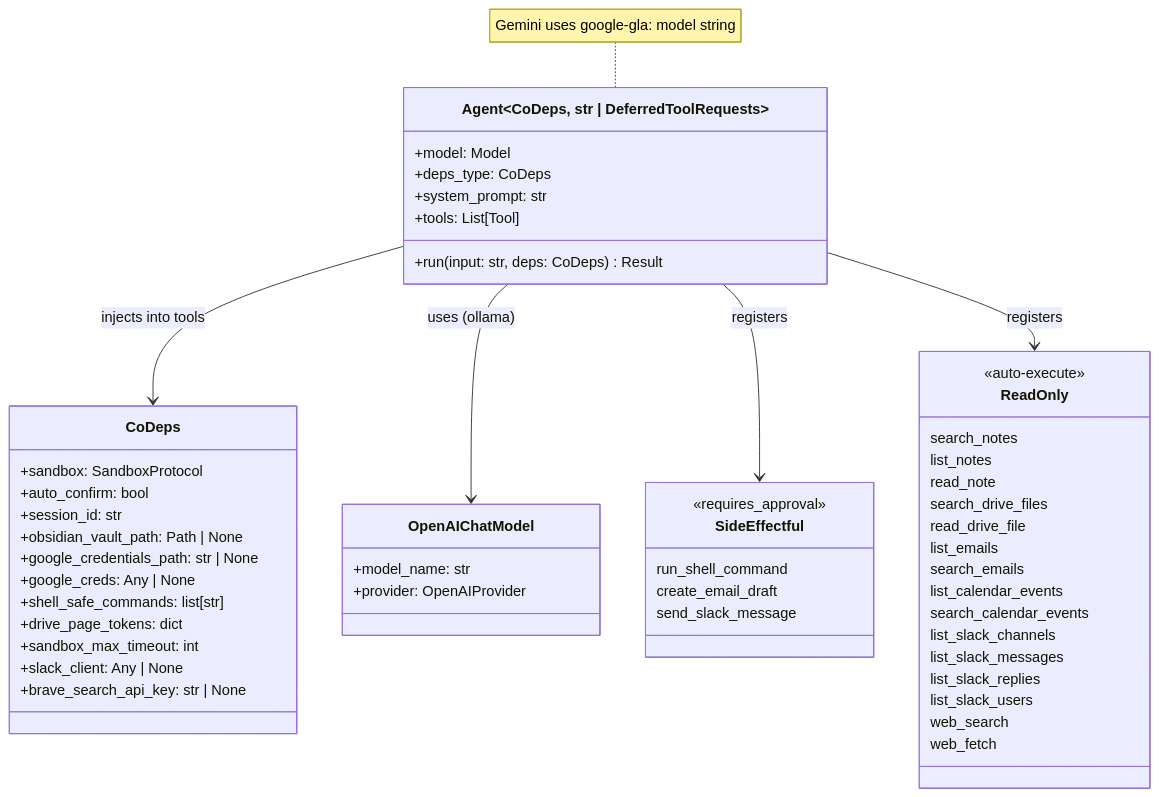
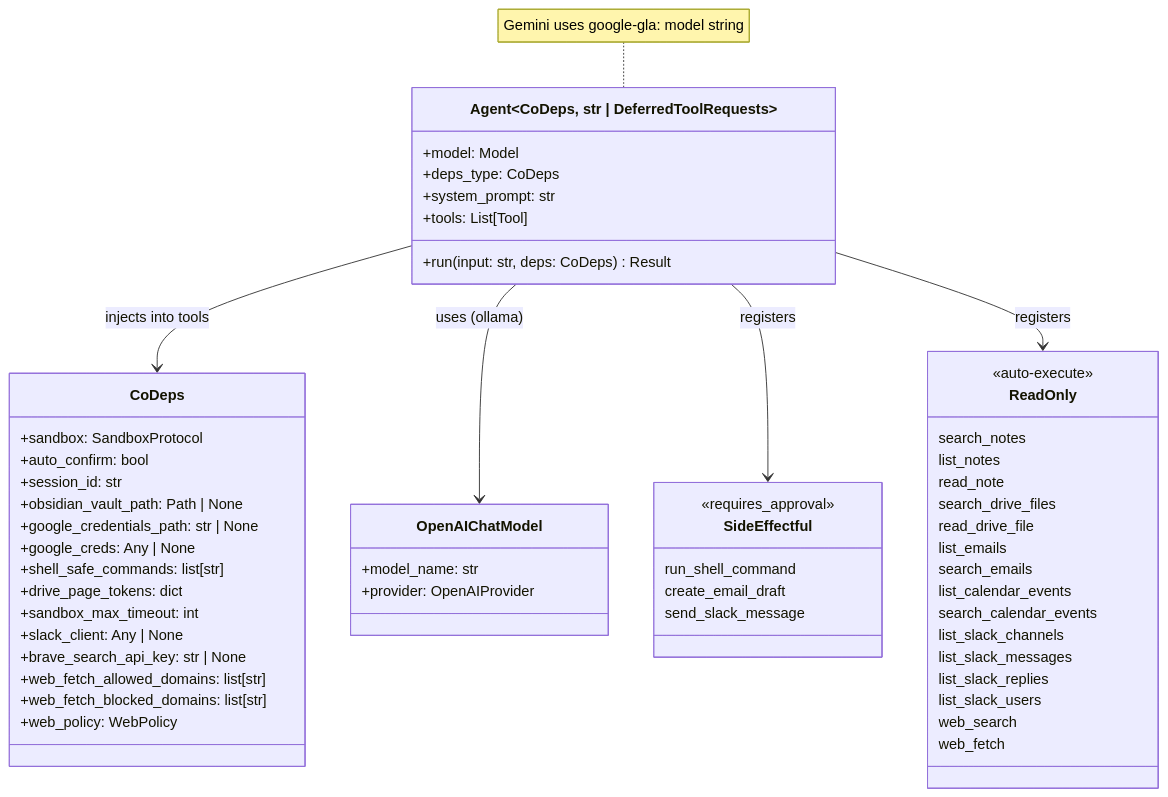
The diagram in docs/DESIGN-01-agent.md (binlecode/co-cli), drawn with Mermaid before and after one commit. The commit also changed other lines of this file and 13 other files, not shown here.

First line of the commit message:
Sync design book: Core (01–03, 13), Tools (08–12), web policy updates

````diff
--- a/docs/DESIGN-01-agent.md
+++ b/docs/DESIGN-01-agent.md
@@ -13,61 +13,64 @@
 ```mermaid
 classDiagram
     class Agent~CoDeps, str | DeferredToolRequests~ {
         +model: Model
         +deps_type: CoDeps
         +system_prompt: str
         +tools: List[Tool]
         +run(input: str, deps: CoDeps) Result
     }
 
     class CoDeps {
         +sandbox: SandboxProtocol
         +auto_confirm: bool
         +session_id: str
         +obsidian_vault_path: Path | None
         +google_credentials_path: str | None
         +google_creds: Any | None
         +shell_safe_commands: list[str]
         +drive_page_tokens: dict
         +sandbox_max_timeout: int
         +slack_client: Any | None
         +brave_search_api_key: str | None
+        +web_fetch_allowed_domains: list[str]
+        +web_fetch_blocked_domains: list[str]
+        +web_policy: WebPolicy
     }
 
     class OpenAIChatModel {
         +model_name: str
         +provider: OpenAIProvider
     }
 
     class SideEffectful {
         <<requires_approval>>
         run_shell_command
         create_email_draft
         send_slack_message
     }
 
     class ReadOnly {
         <<auto-execute>>
         search_notes
         list_notes
         read_note
         search_drive_files
         read_drive_file
         list_emails
         search_emails
         list_calendar_events
         search_calendar_events
         list_slack_channels
         list_slack_messages
         list_slack_replies
         list_slack_users
         web_search
         web_fetch
     }
 
     Agent --> CoDeps : injects into tools
     Agent --> OpenAIChatModel : uses (ollama)
     Agent --> SideEffectful : registers
     Agent --> ReadOnly : registers
     note for Agent "Gemini uses google-gla: model string"
 ```
````
